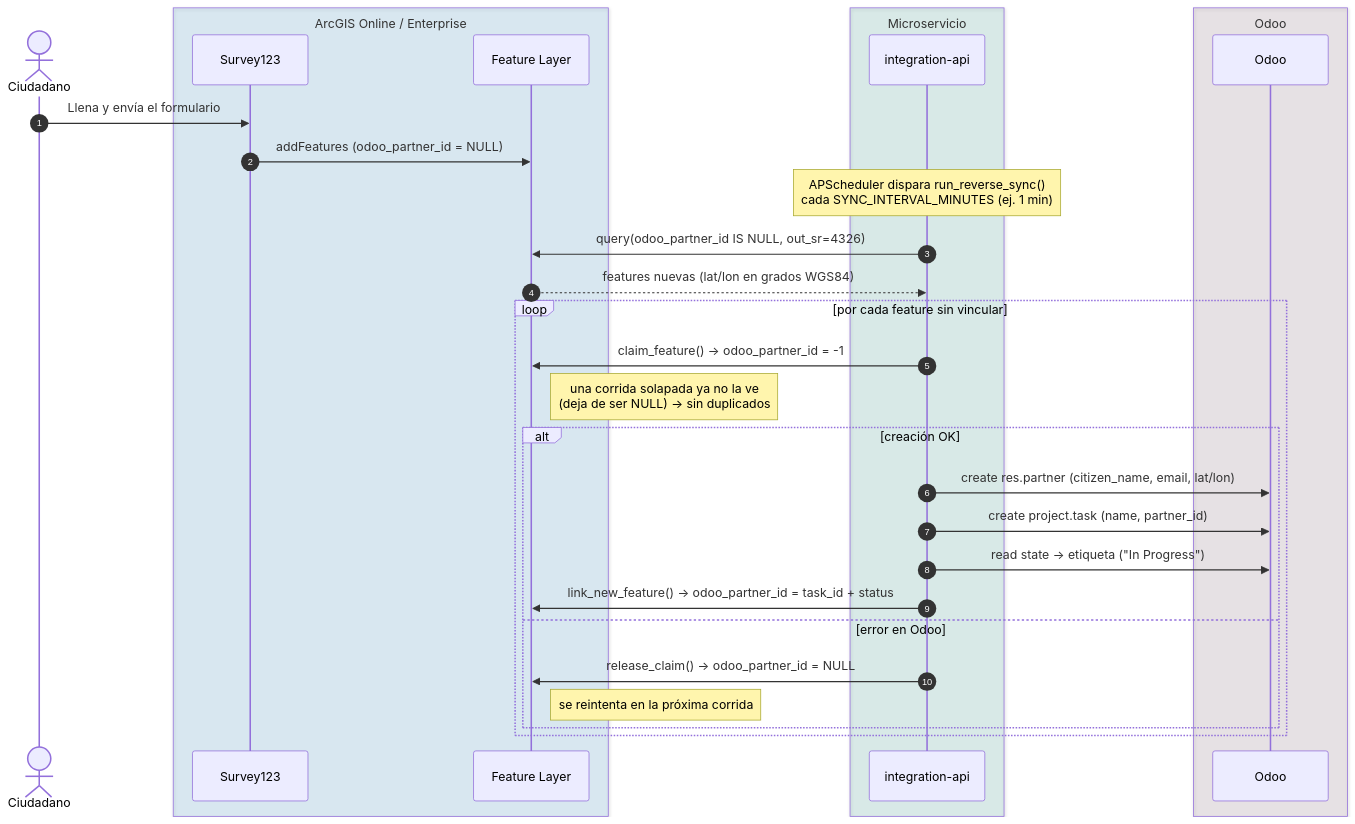
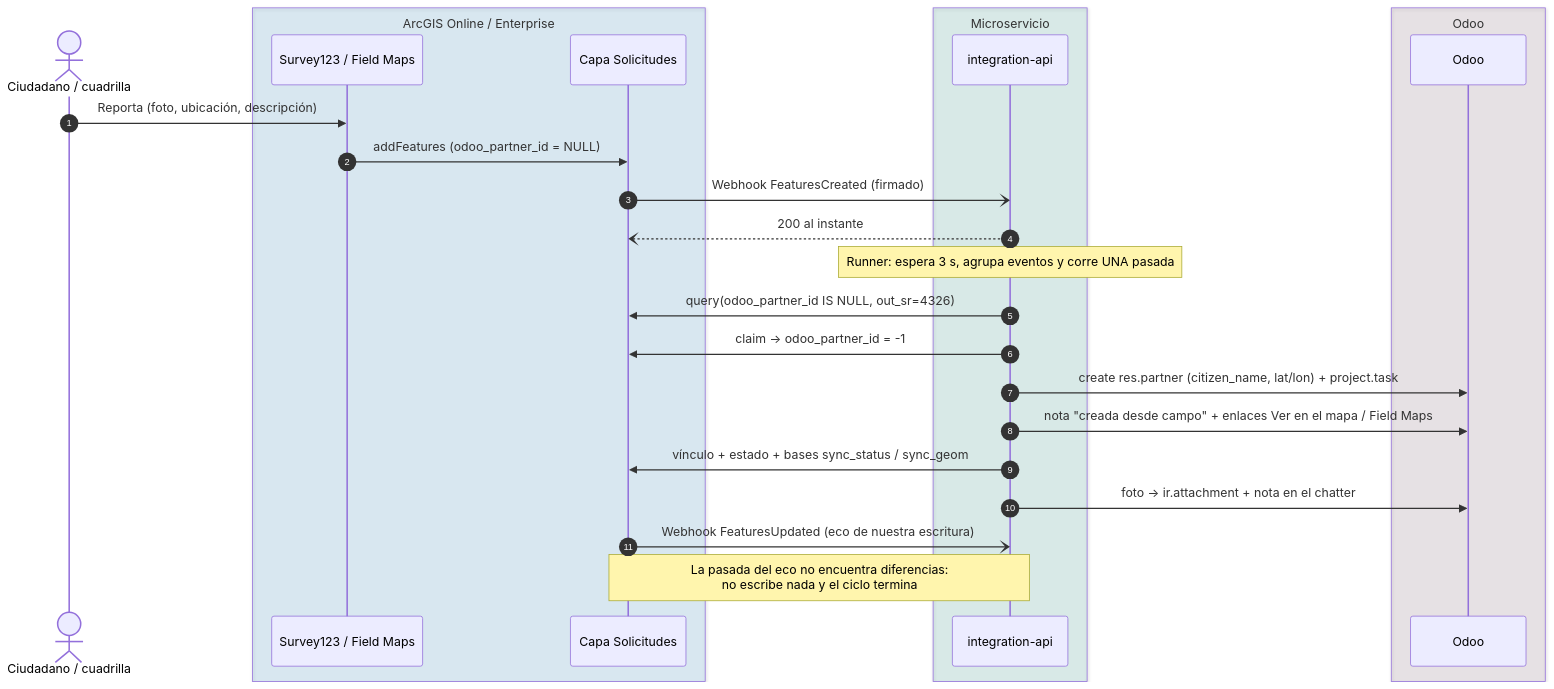
The second of 7 diagrams in README.md (osbonilla/IntegracionOdooArcGIS), drawn with Mermaid before and after one commit. The commit also changed other lines of this file and 9 other files, not shown here.

````diff
--- a/README.md
+++ b/README.md
@@ -105,37 +114,29 @@
 ```mermaid
 sequenceDiagram
     autonumber
-    actor C as Ciudadano
+    actor C as Ciudadano / cuadrilla
     box rgba(0,121,193,0.12) ArcGIS Online / Enterprise
-        participant S as Survey123
-        participant L as Feature Layer
+        participant F as Survey123 / Field Maps
+        participant L as Capa Solicitudes
     end
     box rgba(0,137,123,0.12) Microservicio
         participant API as integration-api
     end
     box rgba(113,75,103,0.12) Odoo
         participant O as Odoo
     end
 
-    C->>S: Llena y envía el formulario
-    S->>L: addFeatures (odoo_partner_id = NULL)
-
-    Note over API: APScheduler dispara run_reverse_sync()<br/>cada SYNC_INTERVAL_MINUTES (ej. 1 min)
-
+    C->>F: Reporta (foto, ubicación, descripción)
+    F->>L: addFeatures (odoo_partner_id = NULL)
+    L-)API: Webhook FeaturesCreated (firmado)
+    API--)L: 200 al instante
+    Note over API: Runner: espera 3 s, agrupa eventos y corre UNA pasada
     API->>L: query(odoo_partner_id IS NULL, out_sr=4326)
-    L-->>API: features nuevas (lat/lon en grados WGS84)
-
-    loop por cada feature sin vincular
-        API->>L: claim_feature() → odoo_partner_id = -1
-        Note right of L: una corrida solapada ya no la ve<br/>(deja de ser NULL) → sin duplicados
-        alt creación OK
-            API->>O: create res.partner (citizen_name, email, lat/lon)
-            API->>O: create project.task (name, partner_id)
-            API->>O: read state → etiqueta ("In Progress")
-            API->>L: link_new_feature() → odoo_partner_id = task_id + status
-        else error en Odoo
-            API->>L: release_claim() → odoo_partner_id = NULL
-            Note right of L: se reintenta en la próxima corrida
-        end
-    end
+    API->>L: claim → odoo_partner_id = -1
+    API->>O: create res.partner (citizen_name, lat/lon) + project.task
+    API->>O: nota "creada desde campo" + enlaces Ver en el mapa / Field Maps
+    API->>L: vínculo + estado + bases sync_status / sync_geom
+    API->>O: foto → ir.attachment + nota en el chatter
+    L-)API: Webhook FeaturesUpdated (eco de nuestra escritura)
+    Note over API,L: La pasada del eco no encuentra diferencias:<br/>no escribe nada y el ciclo termina
 ```
````
